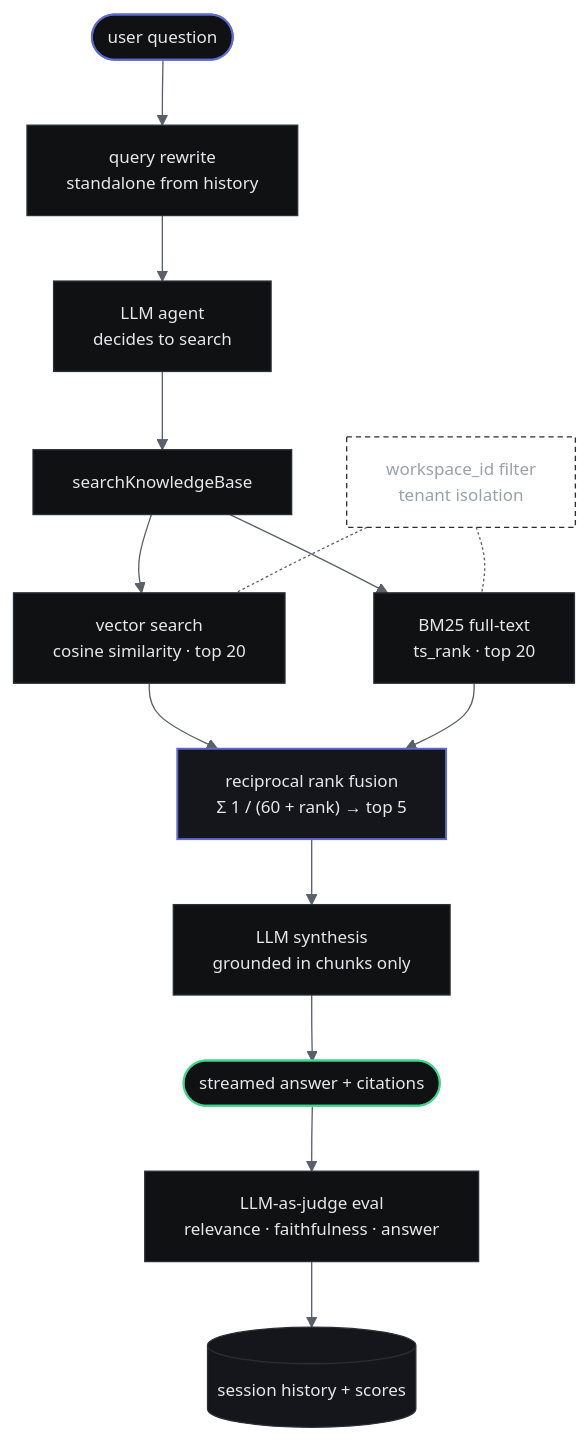
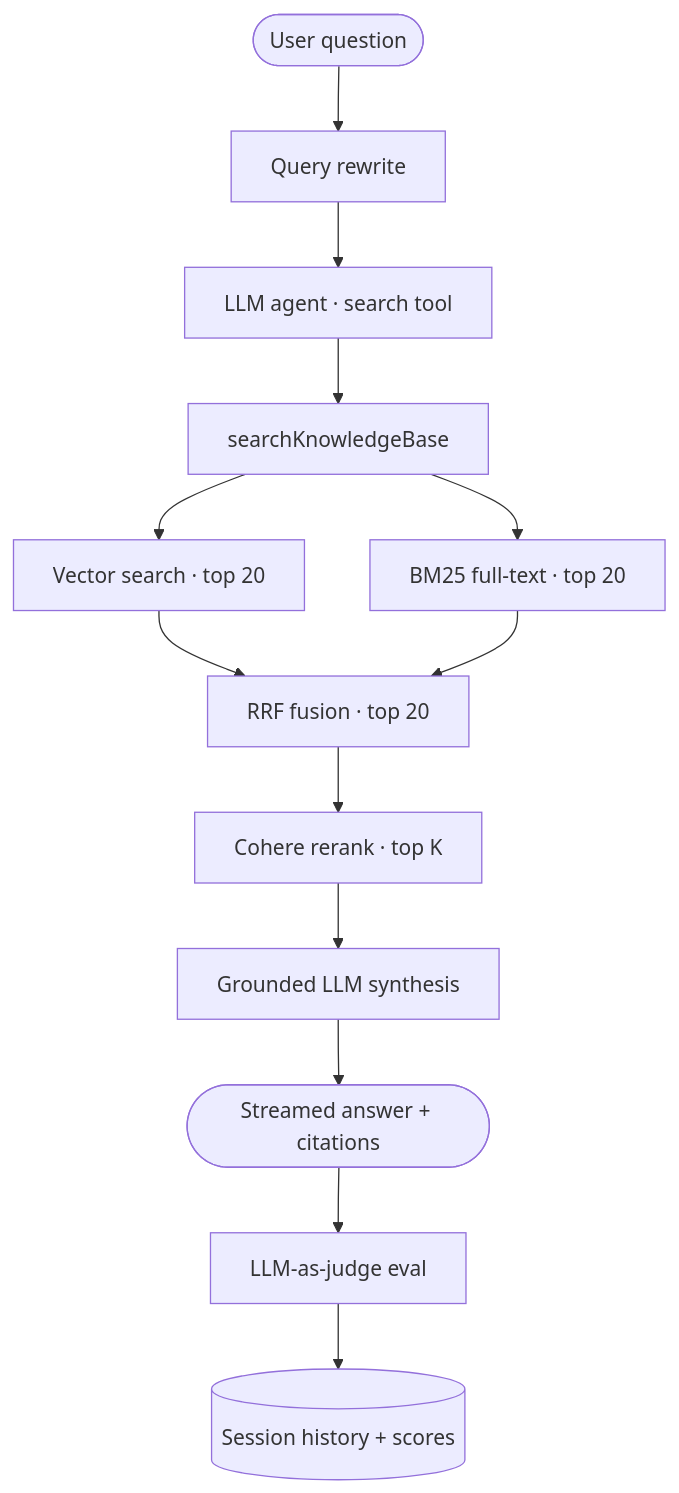
The third of 5 diagrams in README.md (itsyashbisht/IntelliVault-Enterprise), drawn with Mermaid before and after one commit. The commit also changed other lines of this file, not shown here.

````diff
--- a/README.md
+++ b/README.md
@@ -137,32 +130,17 @@
 ```mermaid
-%%{init: {"theme":"base","themeVariables":{"fontFamily":"Inter, Segoe UI, sans-serif","fontSize":"13px","primaryColor":"#101113","primaryTextColor":"#e6e8ea","primaryBorderColor":"#2b2e34","lineColor":"#5a5f68","edgeLabelBackground":"#0b0c0e"},"flowchart":{"curve":"basis","nodeSpacing":42,"rankSpacing":50}}}%%
 flowchart TD
-    A(["user question"]) --> QR["query rewrite\nstandalone from history"]
-    QR --> B["LLM agent\ndecides to search"]
-    B --> C["searchKnowledgeBase"]
+    A([User question]) --> QR[Query rewrite]
+    QR --> B[LLM agent · search tool]
+    B --> C[searchKnowledgeBase]
 
-    C --> D["vector search\ncosine similarity · top 20"]
-    C --> E["BM25 full-text\nts_rank · top 20"]
+    C --> D[Vector search · top 20]
+    C --> E[BM25 full-text · top 20]
 
-    W["workspace_id filter\ntenant isolation"] -.- D
-    W -.- E
-
-    D --> F["reciprocal rank fusion\nΣ 1 / (60 + rank) → top 5"]
+    D --> F[RRF fusion · top 20]
     E --> F
-
-    F --> G["LLM synthesis\ngrounded in chunks only"]
-    G --> H(["streamed answer + citations"])
-    H --> EV["LLM-as-judge eval\nrelevance · faithfulness · answer"]
-    EV --> I[("session history + scores")]
-
-    classDef entry stroke:#5e6ad2,stroke-width:1.5px
-    classDef fuse fill:#15161b,stroke:#5e6ad2,stroke-width:1.5px
-    classDef guard fill:transparent,stroke:#2b2e34,stroke-dasharray:4 3,color:#9ba1a6
-    classDef exit stroke:#3dd68c,stroke-width:1.5px
-    classDef store fill:#15161b,stroke:#2b2e34
-    class A entry
-    class F fuse
-    class W guard
-    class H exit
-    class I store
+    F --> RR[Cohere rerank · top K]
+    RR --> G[Grounded LLM synthesis]
+    G --> H([Streamed answer + citations])
+    H --> EV[LLM-as-judge eval]
+    EV --> I[(Session history + scores)]
 ```
````
